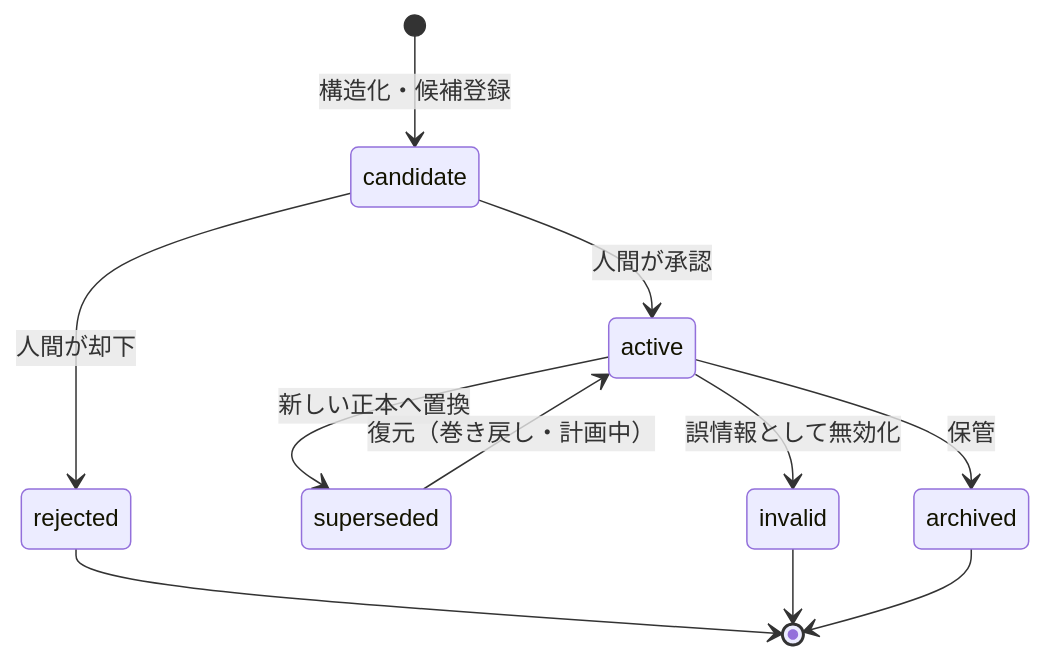
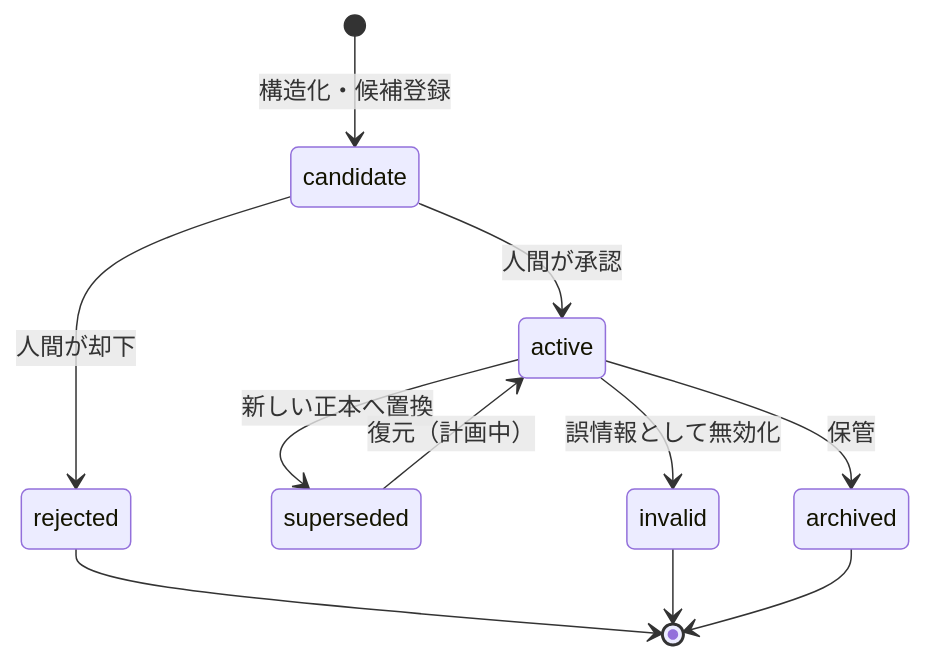
One commit to Kyo-arch-2026/ego-design changed the third of 4 diagrams in docs/07-detailed-design.md. Above: the diagram before and after it, drawn with Mermaid. The commit also changed other lines of this file and 2 other files, not shown here.

````diff
--- a/docs/07-detailed-design.md
+++ b/docs/07-detailed-design.md
@@ -247,13 +283,13 @@
 ```mermaid
 stateDiagram-v2
     [*] --> candidate: 構造化・候補登録
     candidate --> active: 人間が承認
     candidate --> rejected: 人間が却下
     active --> superseded: 新しい正本へ置換
     active --> invalid: 誤情報として無効化
     active --> archived: 保管
-    superseded --> active: 復元（巻き戻し・計画中）
+    superseded --> active: 復元（計画中）
     rejected --> [*]
     invalid --> [*]
     archived --> [*]
 ```
````
